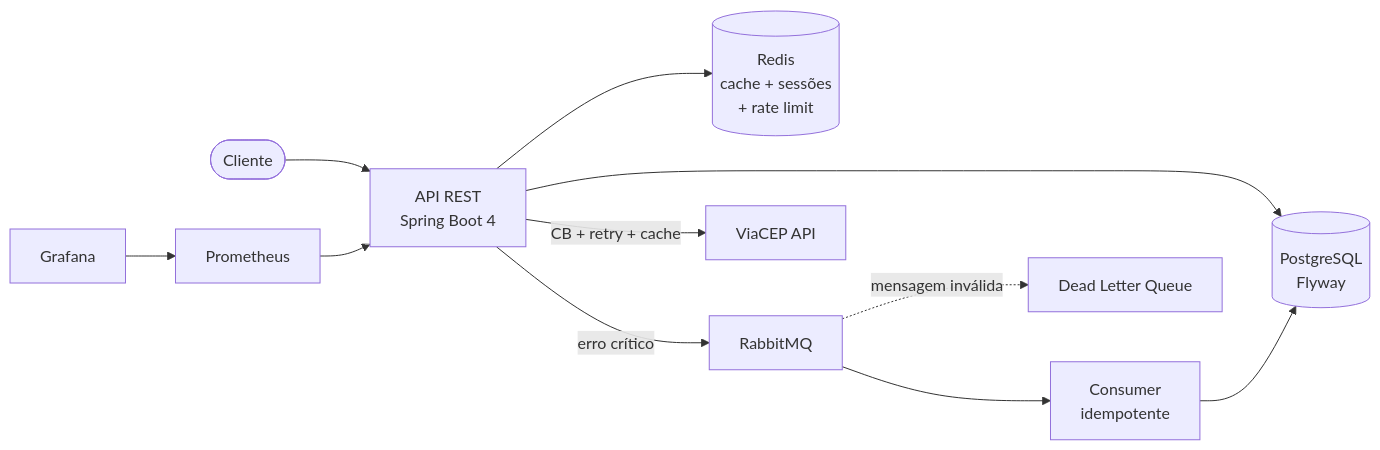
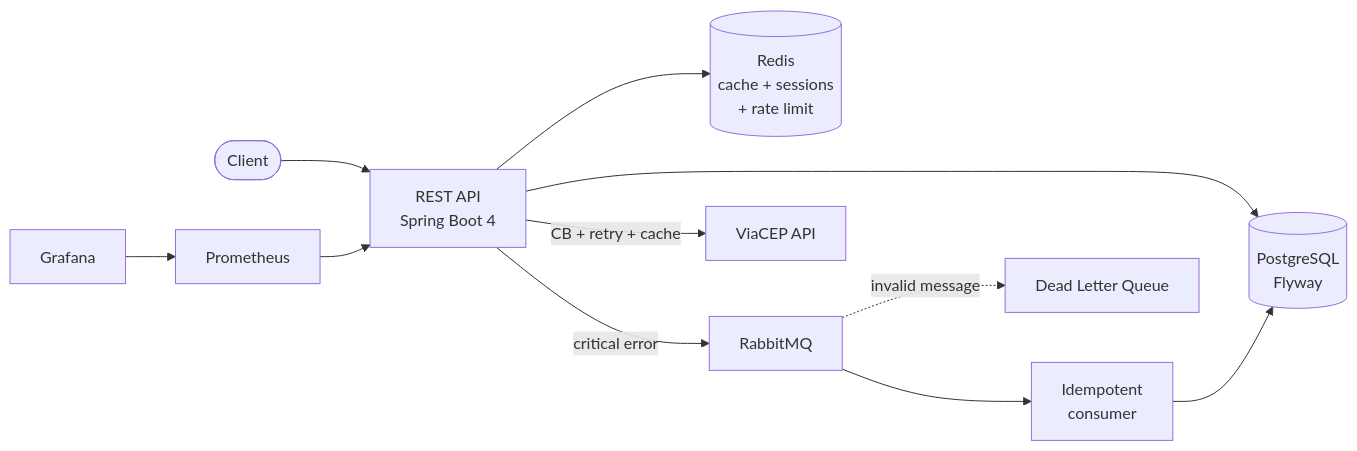
The diagram in README.md (caiquediasp/Advanced-Crud), drawn with Mermaid before and after one commit. The commit also changed other lines of this file and 1 other file, not shown here.

````diff
--- a/README.md
+++ b/README.md
@@ -25,12 +27,12 @@
 ```mermaid
 flowchart LR
-    Client([Cliente]) --> API[API REST<br/>Spring Boot 4]
+    Client([Client]) --> API[REST API<br/>Spring Boot 4]
     API --> PG[(PostgreSQL<br/>Flyway)]
-    API --> Redis[(Redis<br/>cache + sessões<br/>+ rate limit)]
-    API -- erro crítico --> MQ[RabbitMQ]
-    MQ --> Consumer[Consumer<br/>idempotente] --> PG
-    MQ -. mensagem inválida .-> DLQ[Dead Letter Queue]
+    API --> Redis[(Redis<br/>cache + sessions<br/>+ rate limit)]
+    API -- critical error --> MQ[RabbitMQ]
+    MQ --> Consumer[Idempotent<br/>consumer] --> PG
+    MQ -. invalid message .-> DLQ[Dead Letter Queue]
     API -- CB + retry + cache --> ViaCEP[ViaCEP API]
     Prom[Prometheus] --> API
     Graf[Grafana] --> Prom
 ```
````
